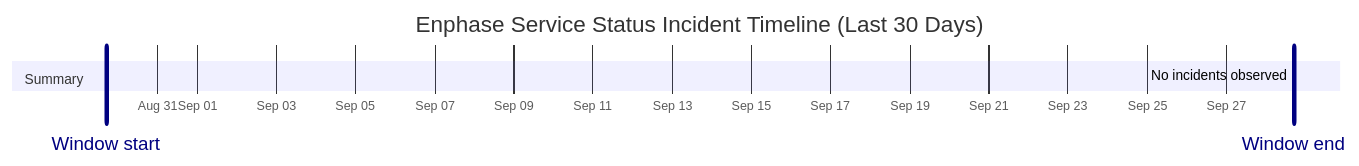
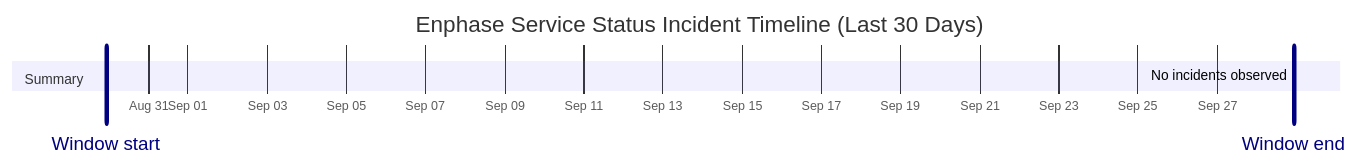
Before and after one commit to barneyonline/ha-enphase-energy: the diagram in wiki/Service-Status-History.md, drawn with Mermaid. The commit also changed other lines of this file and 3 other files, not shown here.

````diff
--- a/wiki/Service-Status-History.md
+++ b/wiki/Service-Status-History.md
@@ -14,10 +14,10 @@
 ```mermaid
 gantt
     title Enphase Service Status Incident Timeline (Last 30 Days)
     dateFormat  YYYY-MM-DDTHH:mm:ss
     axisFormat  %b %d
-    Window start :vert, window-start, 2026-08-29T16:52:47, 0ms
-    Window end :vert, window-end, 2026-09-28T16:52:47, 0ms
+    Window start :vert, window-start, 2026-08-29T22:23:49, 0ms
+    Window end :vert, window-end, 2026-09-28T22:23:49, 0ms
     section Summary
-    No incidents observed :done, 2026-09-28T16:52:47, 1m
+    No incidents observed :done, 2026-09-28T22:23:49, 1m
 ```
````
